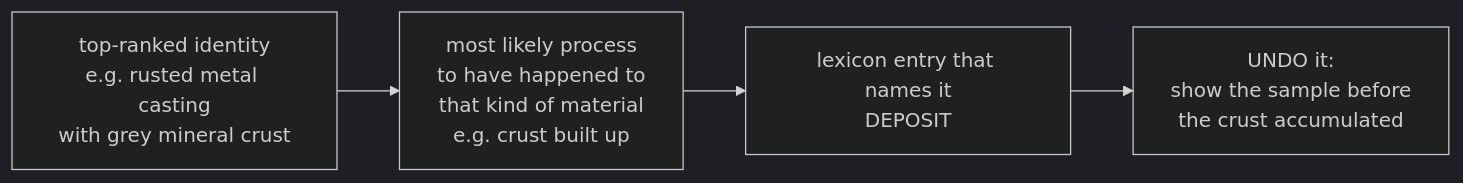
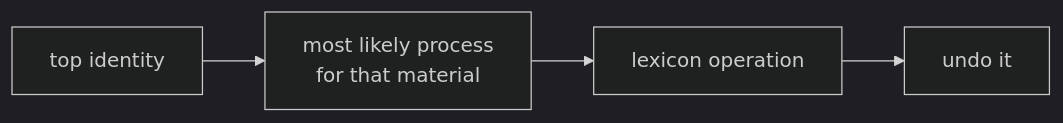
Before and after one commit to rbatra2000/backslash_art: the third of 6 diagrams in docs/architecture.md, drawn with Mermaid (dark theme). The commit also changed other lines of this file and 1 other file, not shown here.

First line of the commit message:
Make architecture doc concise and visual

````diff
--- a/docs/architecture.md
+++ b/docs/architecture.md
@@ -61,6 +45,4 @@
 ```mermaid
 flowchart LR
-    A["top-ranked identity<br/>e.g. rusted metal casting<br/>with grey mineral crust"] --> B["most likely process<br/>to have happened to<br/>that kind of material<br/>e.g. crust built up"]
-    B --> C["lexicon entry that names it<br/>DEPOSIT"]
-    C --> D["UNDO it:<br/>show the sample before<br/>the crust accumulated"]
+    A[top identity] --> B[most likely process<br/>for that material] --> C[lexicon operation] --> D[undo it]
 ```
````
